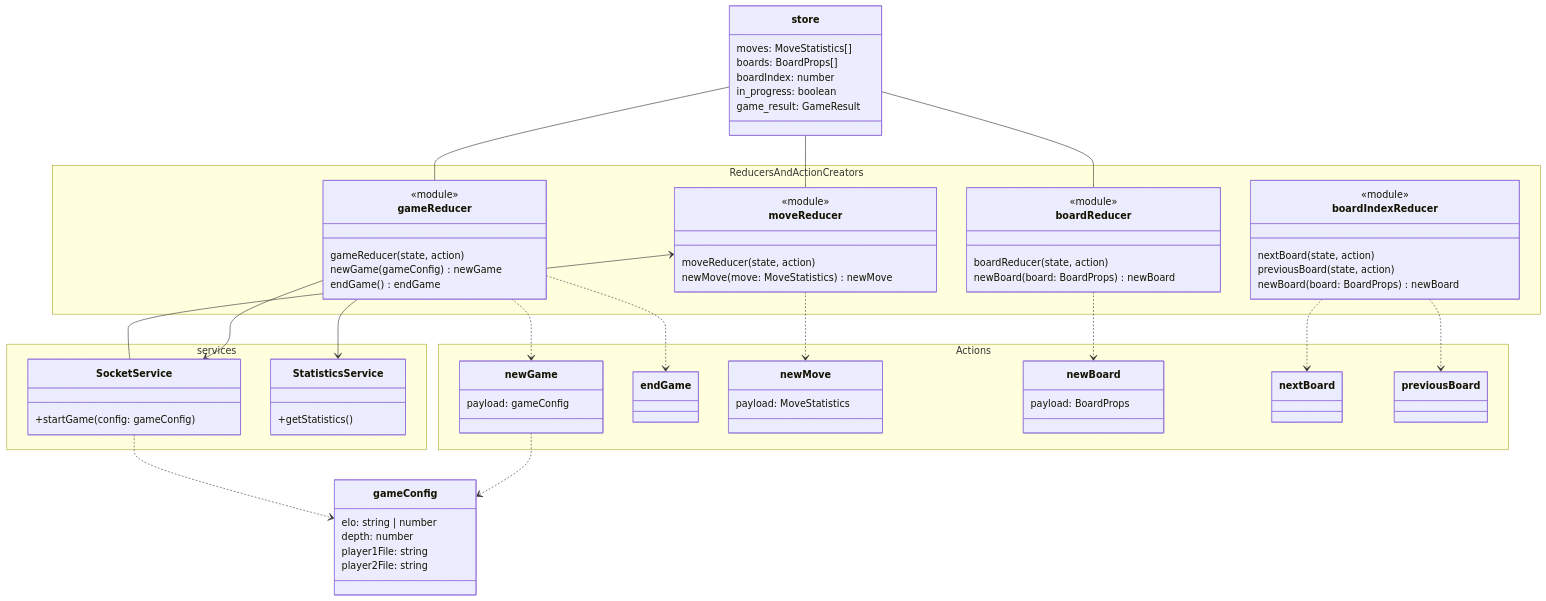
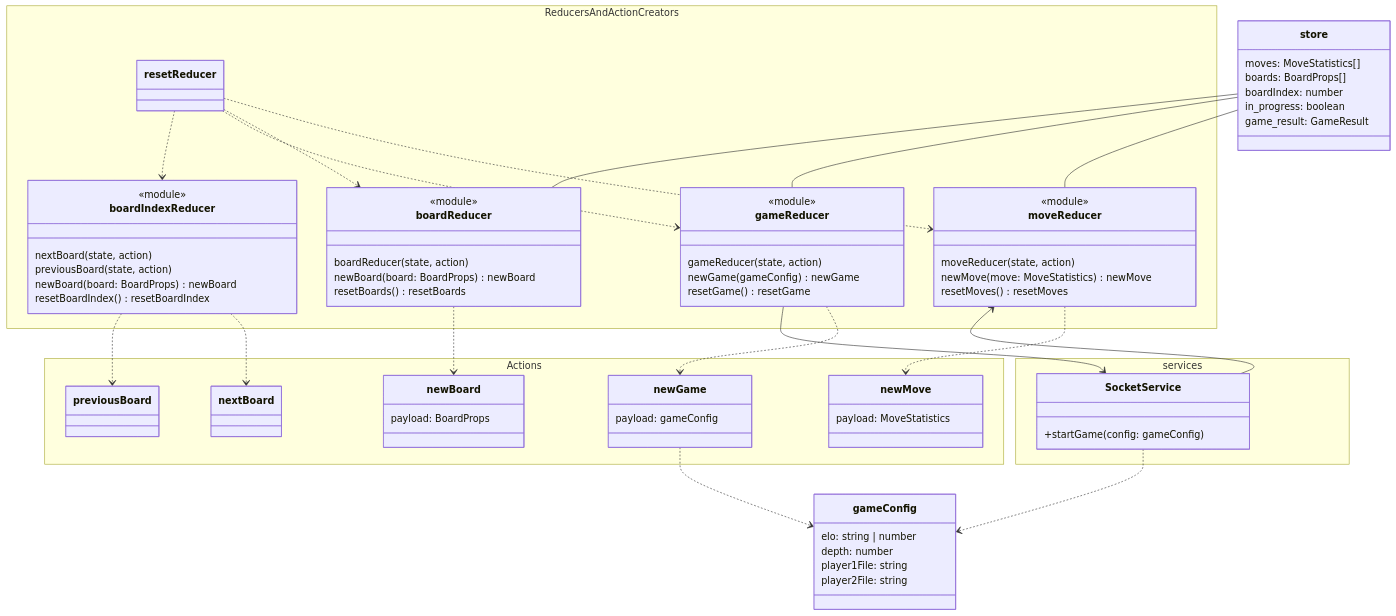
Before and after one commit to game-ai-platform-team/tira-ai-platform: the fifth of 5 diagrams in docs/architecture.md, drawn with Mermaid. The commit also changed other lines of this file, not shown here.

Commit message:
docs(#59): add statisticsService to architecture

```diff
--- a/docs/architecture.md
+++ b/docs/architecture.md
@@ -235,13 +243,11 @@
 store -- boardReducer
 
 gameReducer ..> newGame
-gameReducer ..> endGame
 moveReducer ..> newMove
 boardReducer ..> newBoard
 newGame ..> gameConfig
 
 gameReducer --> SocketService
-gameReducer --> StatisticsService
 moveReducer <-- SocketService
 
 boardIndexReducer ..> nextBoard
@@ -249,13 +255,14 @@
 
 SocketService ..> gameConfig
 
+resetReducer ..> moveReducer
+resetReducer ..> boardReducer
+resetReducer ..> gameReducer
+resetReducer ..> boardIndexReducer
+
 namespace services {
     class SocketService {
         +startGame(config: gameConfig)
-    }
-
-    class StatisticsService {
-        +getStatistics()
     }
 }
 
@@ -280,19 +287,21 @@
         <<module>>
         moveReducer(state, action)
         newMove(move: MoveStatistics) newMove
+        resetMoves() resetMoves
     }
 
     class gameReducer {
         <<module>>
         gameReducer(state, action)
         newGame(gameConfig) newGame
-        endGame() endGame
+        resetGame() resetGame
     }
 
     class boardReducer {
         <<module>>
         boardReducer(state, action)
         newBoard(board: BoardProps) newBoard
+        resetBoards() resetBoards
     }
 
     class boardIndexReducer {
@@ -300,6 +309,10 @@
         nextBoard(state, action)
         previousBoard(state, action)
         newBoard(board: BoardProps) newBoard
+        resetBoardIndex() resetBoardIndex
+    }
+    
+    class resetReducer {
     }
 }
 
@@ -316,8 +329,6 @@
         payload: gameConfig
     }
 
-    class endGame
-
     class nextBoard
 
     class previousBoard
```
